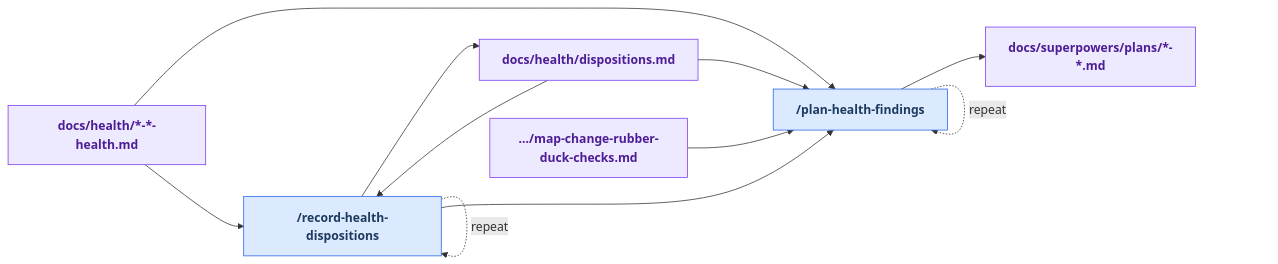
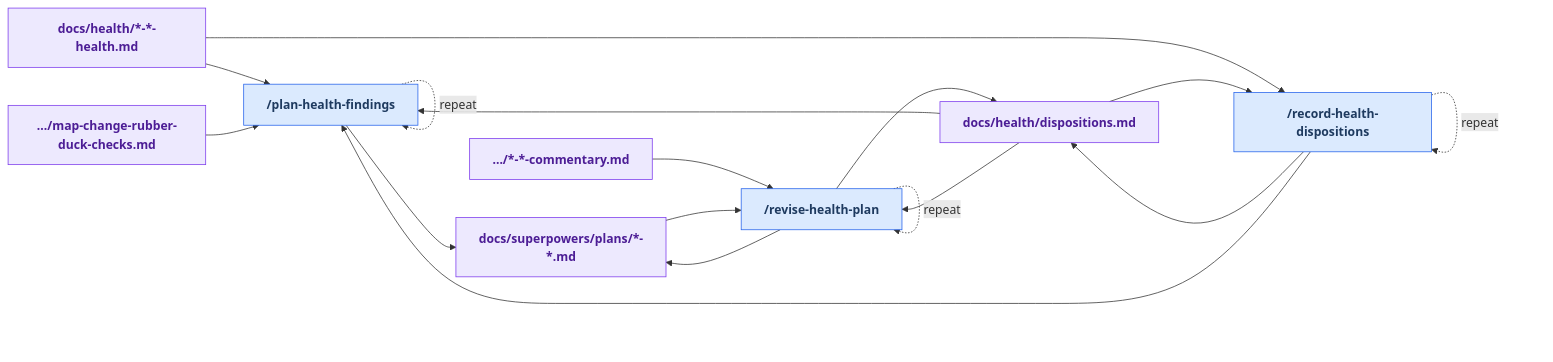
One commit to russell-laing/al-dev-shared changed the fourth of 7 diagrams in docs/maintainer-tooling.md. Above: the diagram before and after it, drawn with Mermaid. The commit also changed other lines of this file and 2 other files, not shown here.

Commit message:
✨ feat(revise-health-plan): add plan-reconciliation skill + corpus

````diff
--- a/docs/maintainer-tooling.md
+++ b/docs/maintainer-tooling.md
@@ -296,33 +302,43 @@
 ```mermaid
 flowchart LR
     classDef userSkill fill:#dbeafe,stroke:#2563eb,color:#1e3a5f,font-weight:bold
     classDef internalSkill fill:#f3f4f6,stroke:#6b7280,color:#374151,stroke-dasharray:5 5,font-weight:bold
     classDef artifact fill:#ede9fe,stroke:#7c3aed,color:#4c1d95,font-weight:bold
     classDef orphanArtifact fill:#ede9fe,stroke:#dc2626,color:#4c1d95,stroke-dasharray:4 4,font-weight:bold
     classDef manualStep fill:#fef3c7,stroke:#d97706,color:#78350f,font-weight:bold
 
     skill_plan_health_findings["/plan-health-findings"]
     skill_record_health_dispositions["/record-health-dispositions"]
+    skill_revise_health_plan["/revise-health-plan"]
     art_docs_health_____health_md["docs/health/*-*-health.md"]
     art_docs_health_dispositions_md["docs/health/dispositions.md"]
+    art_docs_superpowers_plans_____commentary_md[".../*-*-commentary.md"]
     art_docs_superpowers_plans_____md["docs/superpowers/plans/*-*.md"]
     art_profile_al_dev_shared_knowledge_map_change_rubber_duck_checks_md[".../map-change-rubber-duck-checks.md"]
 
     art_docs_health_____health_md --> skill_plan_health_findings
     art_docs_health_dispositions_md --> skill_plan_health_findings
     art_profile_al_dev_shared_knowledge_map_change_rubber_duck_checks_md --> skill_plan_health_findings
     skill_plan_health_findings --> art_docs_superpowers_plans_____md
     skill_plan_health_findings -. "repeat" .-> skill_plan_health_findings
     art_docs_health_____health_md --> skill_record_health_dispositions
     art_docs_health_dispositions_md --> skill_record_health_dispositions
     skill_record_health_dispositions --> art_docs_health_dispositions_md
     skill_record_health_dispositions --> skill_plan_health_findings
     skill_record_health_dispositions -. "repeat" .-> skill_record_health_dispositions
+    art_docs_health_dispositions_md --> skill_revise_health_plan
+    art_docs_superpowers_plans_____commentary_md --> skill_revise_health_plan
+    art_docs_superpowers_plans_____md --> skill_revise_health_plan
+    skill_revise_health_plan --> art_docs_health_dispositions_md
+    skill_revise_health_plan --> art_docs_superpowers_plans_____md
+    skill_revise_health_plan -. "repeat" .-> skill_revise_health_plan
 
     class skill_plan_health_findings userSkill
     class skill_record_health_dispositions userSkill
+    class skill_revise_health_plan userSkill
     class art_docs_health_____health_md artifact
     class art_docs_health_dispositions_md artifact
+    class art_docs_superpowers_plans_____commentary_md artifact
     class art_docs_superpowers_plans_____md artifact
     class art_profile_al_dev_shared_knowledge_map_change_rubber_duck_checks_md artifact
 ```
````
